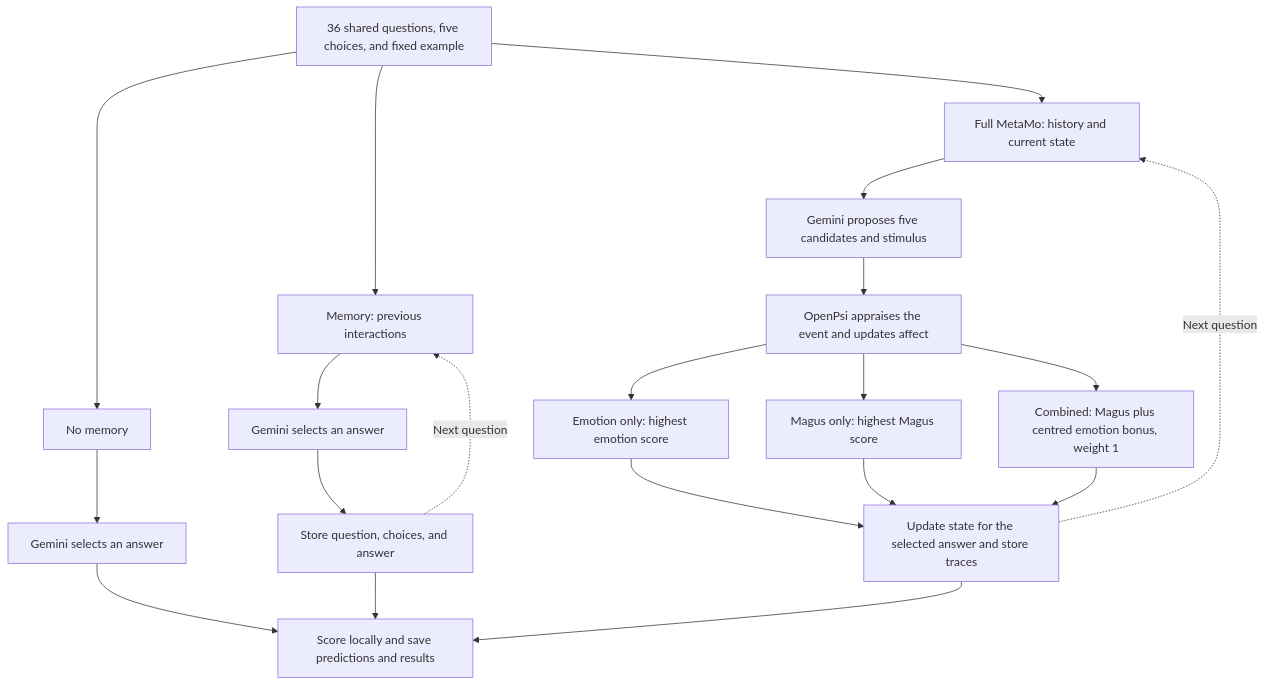
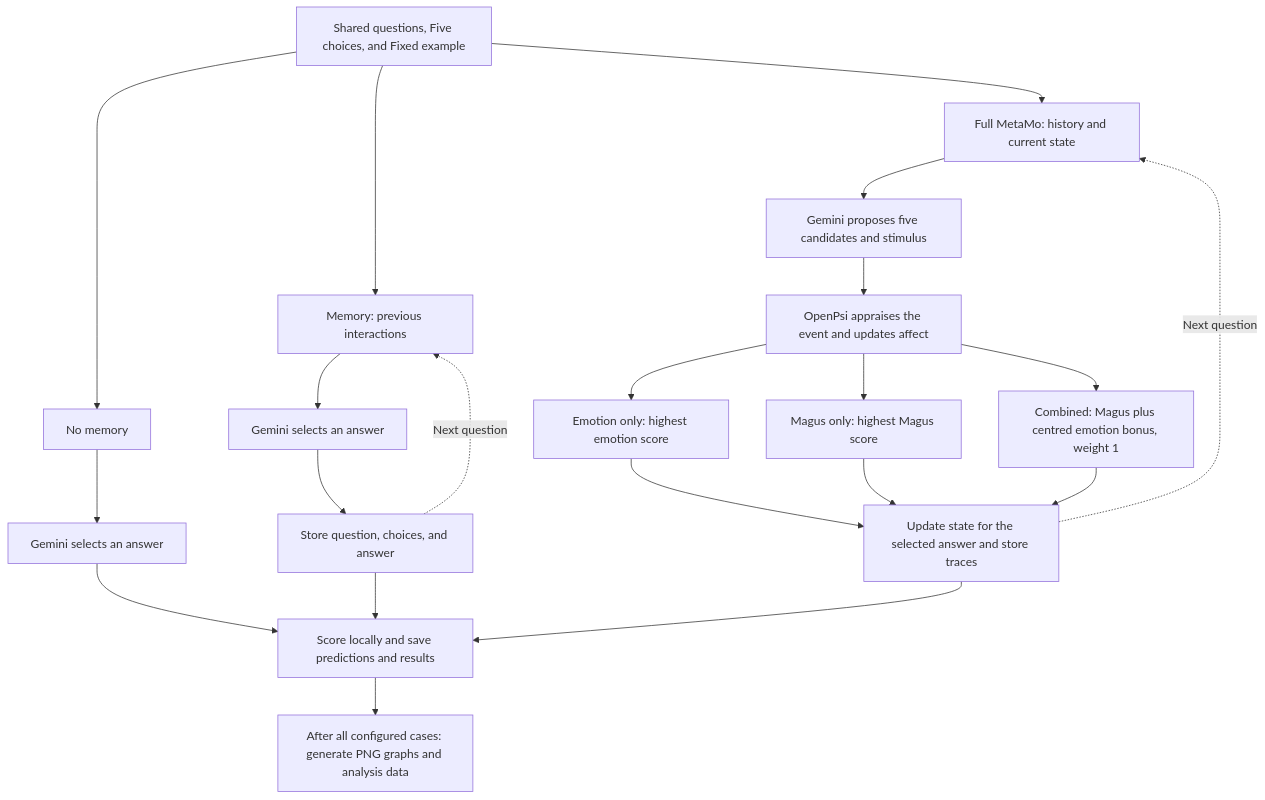
One commit to Mahider-n/MetaMo-Python changed the diagram in benchmarks/README.md. Above: the diagram before and after it, drawn with Mermaid. The commit also changed other lines of this file and 7 other files, not shown here.

````diff
--- a/benchmarks/README.md
+++ b/benchmarks/README.md
@@ -32,27 +34,28 @@
 ```mermaid
 flowchart TD
-    Q["36 shared questions, five choices, and fixed example"]
+    Q["Shared questions, Five choices, and Fixed example"]
 
     Q --> N["No memory"]
     N --> NG["Gemini selects an answer"]
 
     Q --> M["Memory: previous interactions"]
     M --> MG["Gemini selects an answer"]
     MG --> MH["Store question, choices, and answer"]
     MH -. "Next question" .-> M
 
     Q --> F["Full MetaMo: history and current state"]
     F --> G["Gemini proposes five candidates and stimulus"]
     G --> A["OpenPsi appraises the event and updates affect"]
     A --> E["Emotion only: highest emotion score"]
     A --> D["Magus only: highest Magus score"]
     A --> C["Combined: Magus plus centred emotion bonus, weight 1"]
     E --> U["Update state for the selected answer and store traces"]
     D --> U
     C --> U
     U -. "Next question" .-> F
 
     NG --> S["Score locally and save predictions and results"]
     MH --> S
     U --> S
+    S --> P["After all configured cases: generate PNG graphs and analysis data"]
 ```
````
